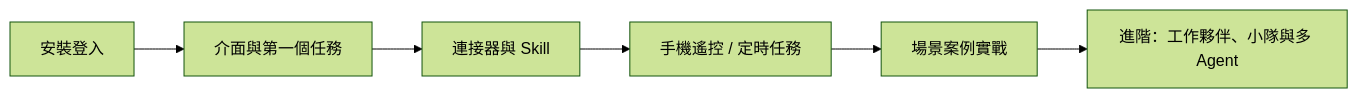
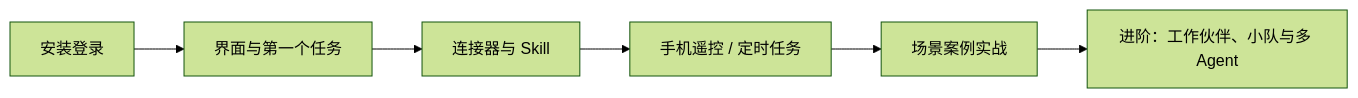
One commit to the-beating-light-of-the-nail/ai-tools-guide-site changed the diagram in docs/zh-tw/doubaowork/index.md. Above: the diagram before and after it, drawn with Mermaid (forest theme). The commit also changed other lines of this file and 136 other files, not shown here.

````diff
--- a/docs/zh-tw/doubaowork/index.md
+++ b/docs/zh-tw/doubaowork/index.md
@@ -9,8 +21,8 @@
 ```mermaid
 flowchart LR
-    A[安裝登入] --> B[介面與第一個任務]
-    B --> C[連接器與 Skill]
-    C --> D[手機遙控 / 定時任務]
-    D --> E[場景案例實戰]
-    E --> F[進階：工作夥伴、小隊與多 Agent]
+    A[安装登录] --> B[界面与第一个任务]
+    B --> C[连接器与 Skill]
+    C --> D[手机遥控 / 定时任务]
+    D --> E[场景案例实战]
+    E --> F[进阶：工作伙伴、小队与多 Agent]
 ```
````
